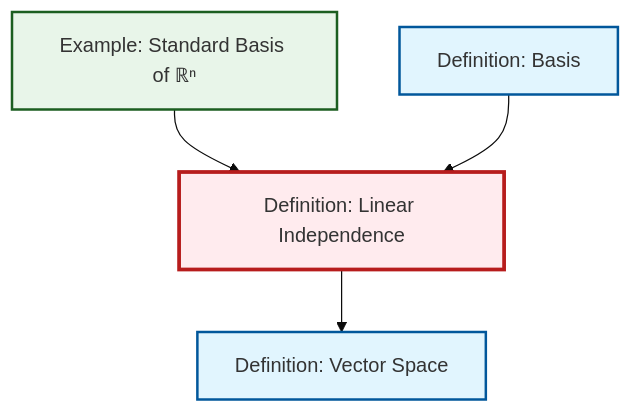
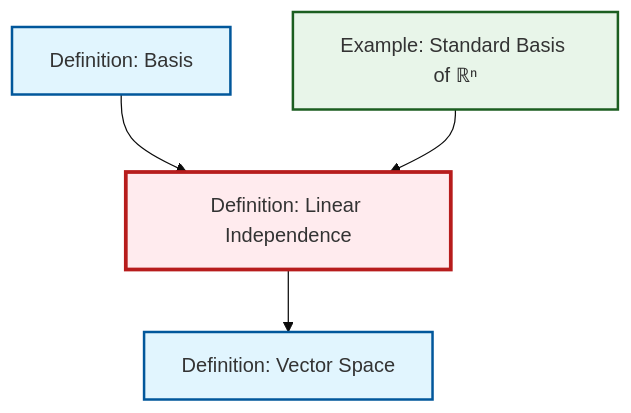
One commit to RK0429/ModernMath changed the diagram in content/ja/algebra/def-linear-independence.qmd. Above: the diagram before and after it, drawn with Mermaid (base theme). The commit also changed other lines of this file and 434 other files, not shown here.

````diff
--- a/content/ja/algebra/def-linear-independence.qmd
+++ b/content/ja/algebra/def-linear-independence.qmd
@@ -46,20 +46,20 @@
 ```{mermaid}
 %%| fig-cap: "Local dependency graph"
 graph TD
     classDef definition fill:#e1f5fe,stroke:#01579b,stroke-width:2px
     classDef theorem fill:#f3e5f5,stroke:#4a148c,stroke-width:2px
     classDef axiom fill:#fff3e0,stroke:#e65100,stroke-width:2px
     classDef example fill:#e8f5e9,stroke:#1b5e20,stroke-width:2px
     classDef current fill:#ffebee,stroke:#b71c1c,stroke-width:3px
+    def-linear-independence["Definition: Linear Independence"]:::definition
+    def-basis["Definition: Basis"]:::definition
     def-vector-space["Definition: Vector Space"]:::definition
-    def-linear-independence["Definition: Linear Independence"]:::definition
     ex-standard-basis-rn["Example: Standard Basis of ℝⁿ"]:::example
-    def-basis["Definition: Basis"]:::definition
+    def-basis --> def-linear-independence
     ex-standard-basis-rn --> def-linear-independence
     def-linear-independence --> def-vector-space
-    def-basis --> def-linear-independence
     class def-linear-independence current
+    click def-basis "def-basis.html" "Definition: Basisへ"
     click def-vector-space "def-vector-space.html" "Definition: Vector Spaceへ"
     click ex-standard-basis-rn "ex-standard-basis-rn.html" "Example: Standard Basis of ℝⁿへ"
-    click def-basis "def-basis.html" "Definition: Basisへ"
 ```
````
